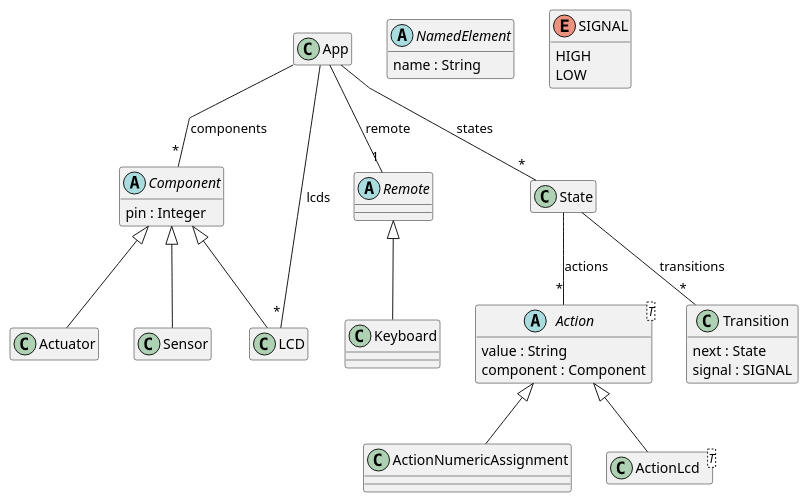
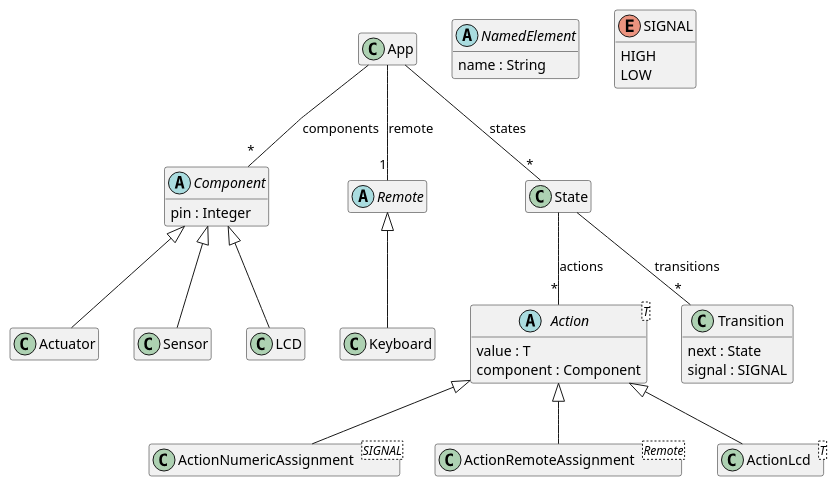
One commit to MathieuPaillart/arduinoML-dsl changed the diagram in kernels/kernel.plantuml. Above: the diagram before and after it, drawn with PlantUML.

Commit message:
Update UML diagram

```diff
--- a/kernels/kernel.plantuml
+++ b/kernels/kernel.plantuml
@@ -1,64 +1,76 @@
 @startuml
 skinparam linetype polyline
 ' Inheritance
 Component <|-- Actuator
 Component <|-- Sensor
 Component <|-- LCD
-Action <|-- ActionNumericAssignment
+
+class "ActionNumericAssignment<SIGNAL>" as ActionNumericAssignment_SIGNAL
+class "ActionRemoteAssignment<Remote>" as ActionRemoteAssignment_Remote
+
+Action <|-- ActionNumericAssignment_SIGNAL
+Action <|-- ActionRemoteAssignment_Remote
 Action <|-- ActionLcd
 Remote <|-- Keyboard
 ' NamedElement <|-- Component
 ' NamedElement <|-- Remote
 ' NamedElement <|-- State
 ' NamedElement <|-- App
 
 ' Abstract Class Declaration
 abstract class NamedElement{
   name : String
 }
 abstract class Action<T> {
-   value : String
+   value : T
    component : Component
 }
 abstract class Component {
   pin : Integer
 }
 abstract class Remote {
 }
 class ActionLcd<T> {
 }
 ' Class Declaration
 class App {
 }
 class Transition {
     next : State
     signal : SIGNAL
 }
 ' Enum Declaration
 enum SIGNAL {
    HIGH
    LOW
 }
 
 ' All attributes
 App -- "*" Component : components
 App -- "1" Remote : remote
-App -- "*" LCD : lcds
 App -- "*" State : states
 State -- "*" Action : actions
 State -- "*" Transition : transitions
 
 ' Hide methods
 hide Component methods
+hide Keyboard methods
+hide Remote methods
 hide Action methods
 hide SIGNAL methods
 hide Transition methods
 hide NamedElement methods
+hide ActionNumericAssignment_SIGNAL methods
+hide ActionRemoteAssignment_Remote methods
 ' Hide members
 hide LCD members
+hide Keyboard members
+hide Remote members
 hide ActionLcd members
 hide Sensor members
 hide App members
 hide Actuator members
 hide State members
+hide ActionNumericAssignment_SIGNAL members
+hide ActionRemoteAssignment_Remote members
 @enduml
```
